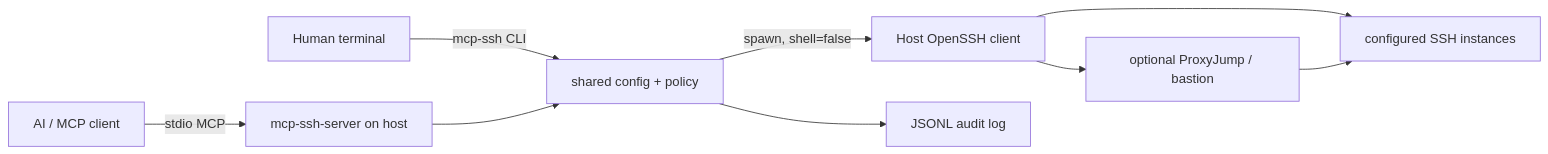
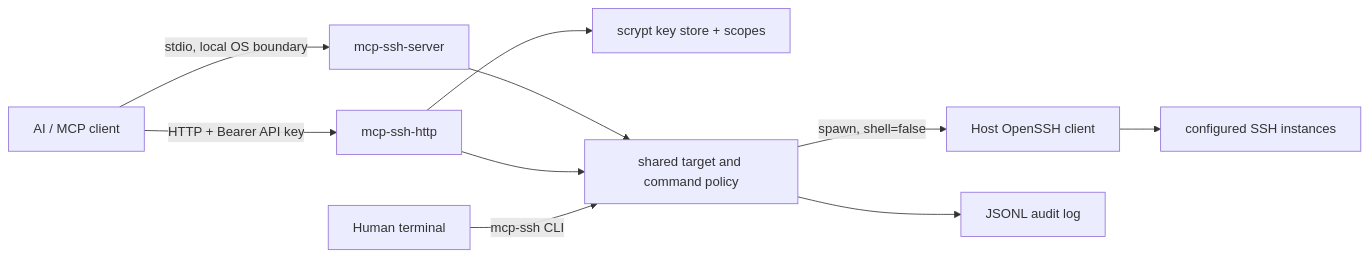
The diagram in README.md (xtawa/mcp_ssh_connectors), drawn with Mermaid before and after one commit. The commit also changed other lines of this file and 14 other files, not shown here.

Commit message:
feat: add scoped API key authentication for HTTP MCP

````diff
--- a/README.md
+++ b/README.md
@@ -11,11 +11,12 @@
 ```mermaid
 flowchart LR
-  AI[AI / MCP client] -->|stdio MCP| S[mcp-ssh-server on host]
-  H[Human terminal] -->|mcp-ssh CLI| S2[shared config + policy]
-  S --> S2
-  S2 -->|spawn, shell=false| O[Host OpenSSH client]
-  O --> J[optional ProxyJump / bastion]
+  AI[AI / MCP client] -->|stdio, local OS boundary| S[mcp-ssh-server]
+  AI -->|HTTP + Bearer API key| H[mcp-ssh-http]
+  H --> K[scrypt key store + scopes]
+  S --> P[shared target and command policy]
+  H --> P
+  U[Human terminal] -->|mcp-ssh CLI| P
+  P -->|spawn, shell=false| O[Host OpenSSH client]
   O --> R[configured SSH instances]
-  J --> R
-  S2 --> A[JSONL audit log]
+  P --> A[JSONL audit log]
 ```
````
